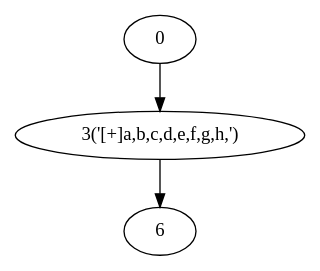
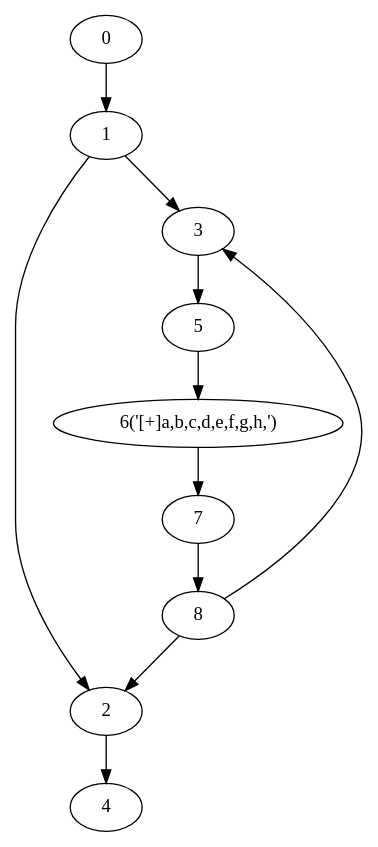
The diagram in NRegex.Test/Graphs/TestMethod20.dot (yyl-20020115/NRegEx), drawn with Graphviz before and after one commit. The commit also changed 5 other files, not shown here.

```diff
--- a/NRegex.Test/Graphs/TestMethod20.dot
+++ b/NRegex.Test/Graphs/TestMethod20.dot
@@ -1,7 +1,21 @@
 digraph g {
 	0 ;
-	3 [label="3('[+]a,b,c,d,e,f,g,h,')"];
-	6 ;
-	0->3;
-	3->6;
+	1 ;
+	2 ;
+	3 ;
+	4 ;
+	5 ;
+	6 [label="6('[+]a,b,c,d,e,f,g,h,')"];
+	7 ;
+	8 ;
+	0->1;
+	1->2;
+	8->2;
+	1->3;
+	8->3;
+	2->4;
+	3->5;
+	5->6;
+	6->7;
+	7->8;
 }
```
